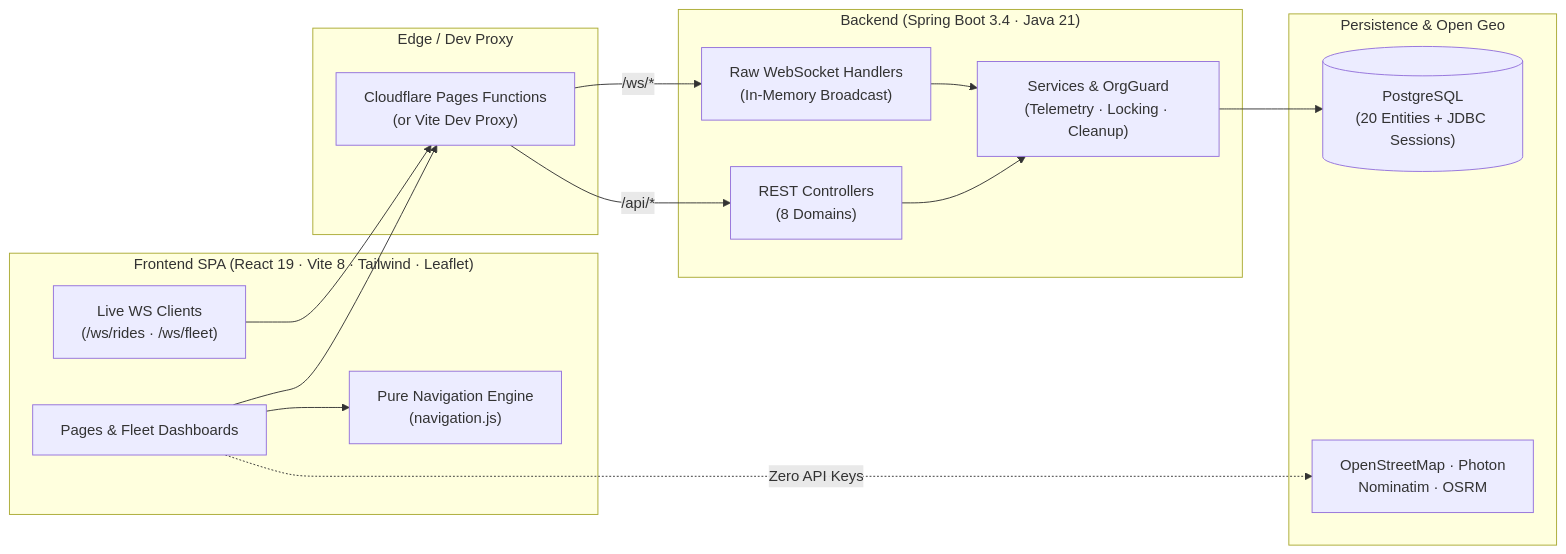
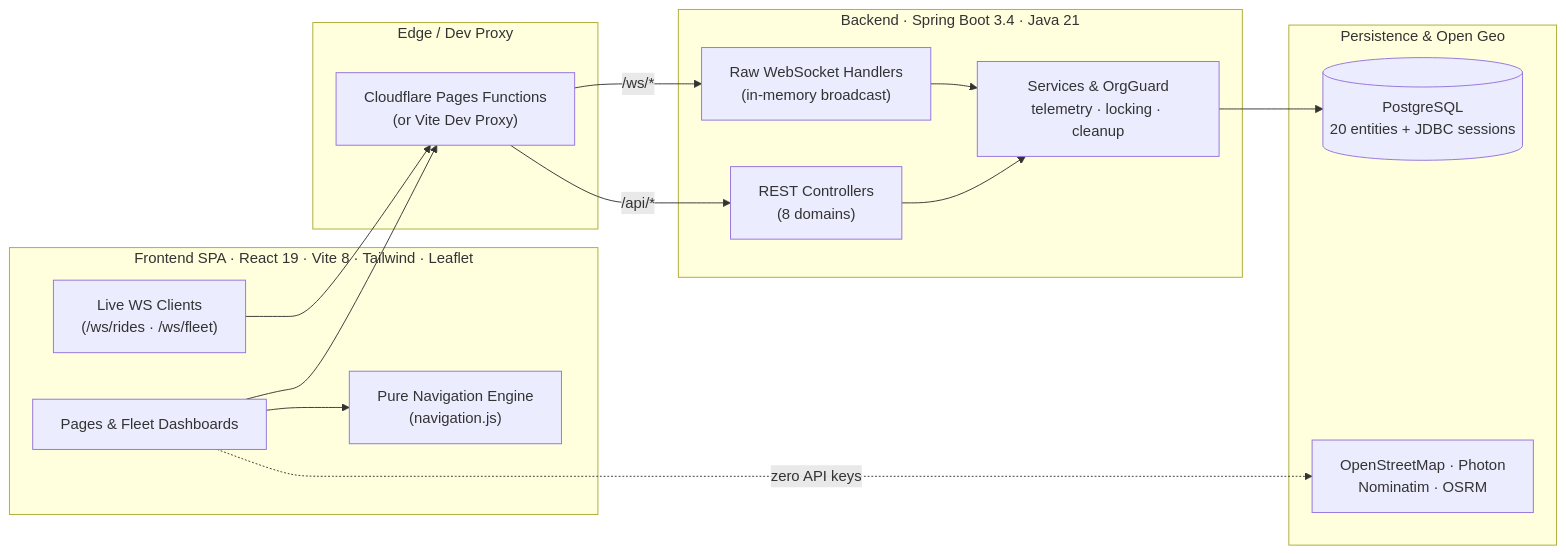
One commit to sGokulaKumaran/Ride-Wise changed the diagram in README.md. Above: the diagram before and after it, drawn with Mermaid. The commit also changed other lines of this file and 16 other files, not shown here.

````diff
--- a/README.md
+++ b/README.md
@@ -148,33 +224,33 @@
 ```mermaid
 flowchart LR
-    subgraph Client["Frontend SPA (React 19 · Vite 8 · Tailwind · Leaflet)"]
+    subgraph Client["Frontend SPA · React 19 · Vite 8 · Tailwind · Leaflet"]
         UI["Pages & Fleet Dashboards"]
-        Nav["Pure Navigation Engine\n(navigation.js)"]
-        WSClient["Live WS Clients\n(/ws/rides · /ws/fleet)"]
+        Nav["Pure Navigation Engine<br/>(navigation.js)"]
+        WSClient["Live WS Clients<br/>(/ws/rides · /ws/fleet)"]
     end
 
     subgraph Edge["Edge / Dev Proxy"]
-        Proxy["Cloudflare Pages Functions\n(or Vite Dev Proxy)"]
+        Proxy["Cloudflare Pages Functions<br/>(or Vite Dev Proxy)"]
     end
 
-    subgraph Server["Backend (Spring Boot 3.4 · Java 21)"]
-        REST["REST Controllers\n(8 Domains)"]
-        WS["Raw WebSocket Handlers\n(In-Memory Broadcast)"]
-        Services["Services & OrgGuard\n(Telemetry · Locking · Cleanup)"]
+    subgraph Server["Backend · Spring Boot 3.4 · Java 21"]
+        REST["REST Controllers<br/>(8 domains)"]
+        WS["Raw WebSocket Handlers<br/>(in-memory broadcast)"]
+        Services["Services & OrgGuard<br/>telemetry · locking · cleanup"]
     end
 
     subgraph Data["Persistence & Open Geo"]
-        PG[("PostgreSQL\n(20 Entities + JDBC Sessions)")]
-        Geo["OpenStreetMap · Photon\nNominatim · OSRM"]
+        PG[("PostgreSQL<br/>20 entities + JDBC sessions")]
+        Geo["OpenStreetMap · Photon<br/>Nominatim · OSRM"]
     end
 
     UI --> Nav
     UI --> Proxy
     WSClient --> Proxy
     Proxy -->|"/api/*"| REST
     Proxy -->|"/ws/*"| WS
     REST --> Services
     WS --> Services
     Services --> PG
-    UI -.->|"Zero API Keys"| Geo
+    UI -.->|"zero API keys"| Geo
 ```
````
